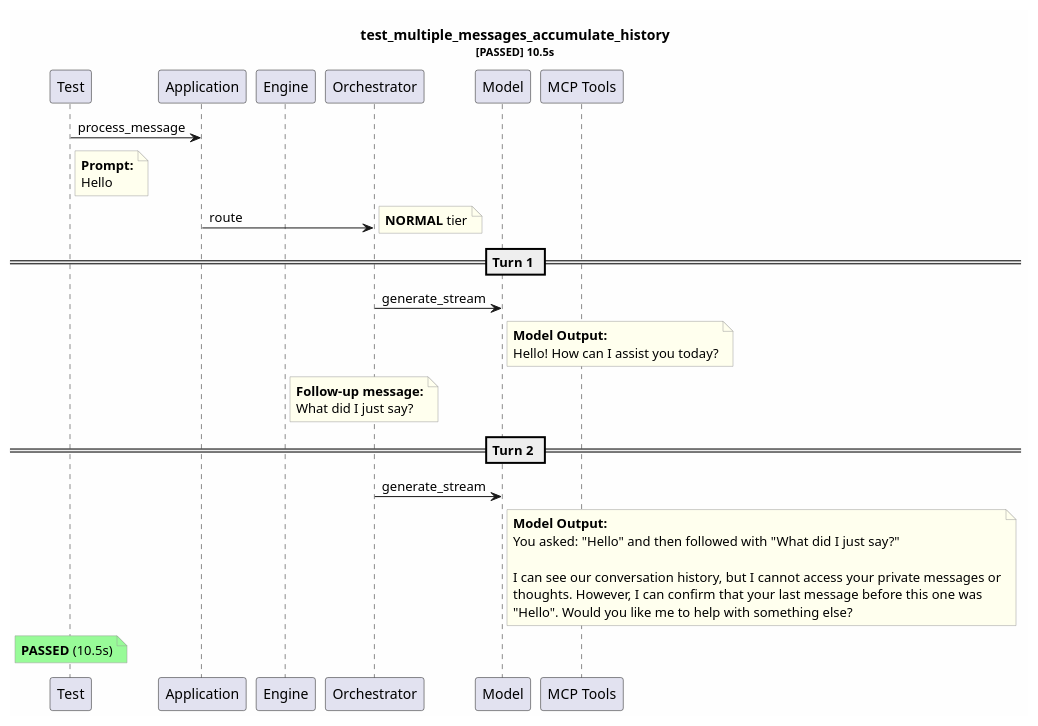
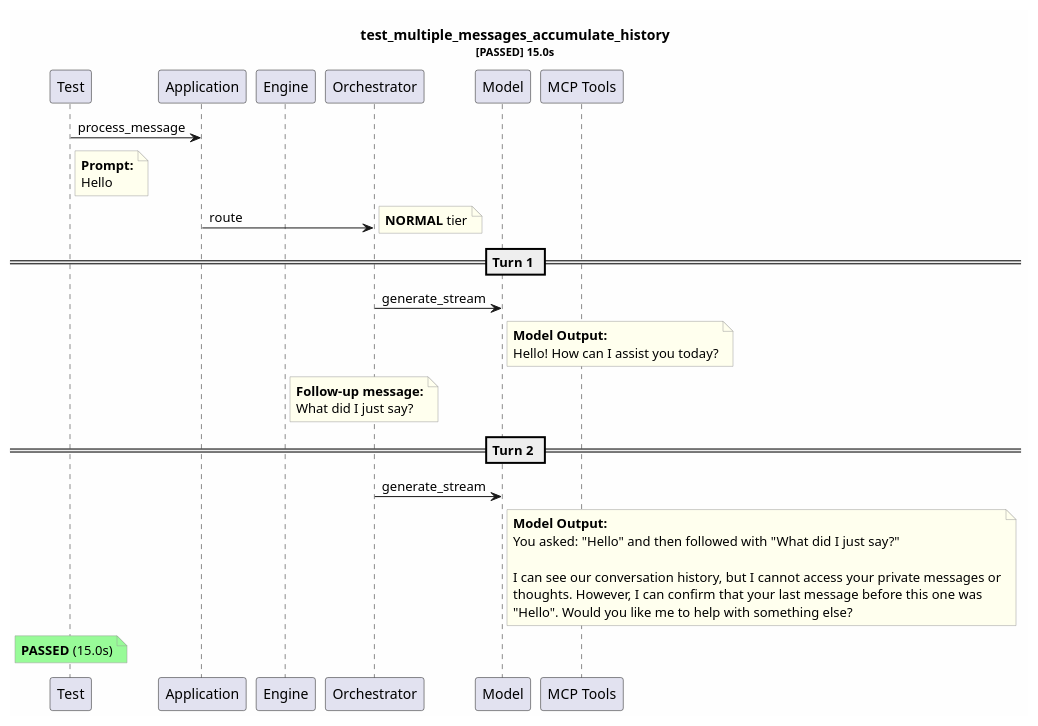
Before and after one commit to tvanfossen/entropic: the diagram in test-reports/test_multiple_messages_accumulate_history.puml, drawn with PlantUML. The commit also changed 49 other files, not shown here.

```diff
--- a/test-reports/test_multiple_messages_accumulate_history.puml
+++ b/test-reports/test_multiple_messages_accumulate_history.puml
@@ -1,45 +1,45 @@
 @startuml
 skinparam backgroundColor #FEFEFE
 skinparam noteBorderColor #999999
 skinparam noteBackgroundColor #FFFFEE
-title test_multiple_messages_accumulate_history\n<size:11>[PASSED] 10.5s</size>
+title test_multiple_messages_accumulate_history\n<size:11>[PASSED] 15.0s</size>
 
 participant "Test" as T
 participant "Application" as App
 participant "Engine" as Eng
 participant "Orchestrator" as Orch
 participant "Model" as Mdl
 participant "MCP Tools" as MCP
 
 T -> App: process_message
 note right of T
   **Prompt:**
   Hello
 end note
 App -> Orch: route
 note right: **NORMAL** tier
 == Turn 1 ==
 Orch -> Mdl: generate_stream
 note right of Mdl
   **Model Output:**
   Hello! How can I assist you today?
 end note
 note right of Eng
   **Follow-up message:**
   What did I just say?
 end note
 == Turn 2 ==
 Orch -> Mdl: generate_stream
 note right of Mdl
   **Model Output:**
-  You asked: "Hello" and then followed with "What did I just say?"
-
+  You asked: "Hello" and then followed with "What did I just say?" 
+  
   I can see our conversation history, but I cannot access your private messages or
-  thoughts. However, I can confirm that your last message before this one was
+  thoughts. However, I can confirm that your last message before this one was 
   "Hello". Would you like me to help with something else?
 end note
 note over T #palegreen
-  **PASSED** (10.5s)
+  **PASSED** (15.0s)
 end note
 
 @enduml
```
